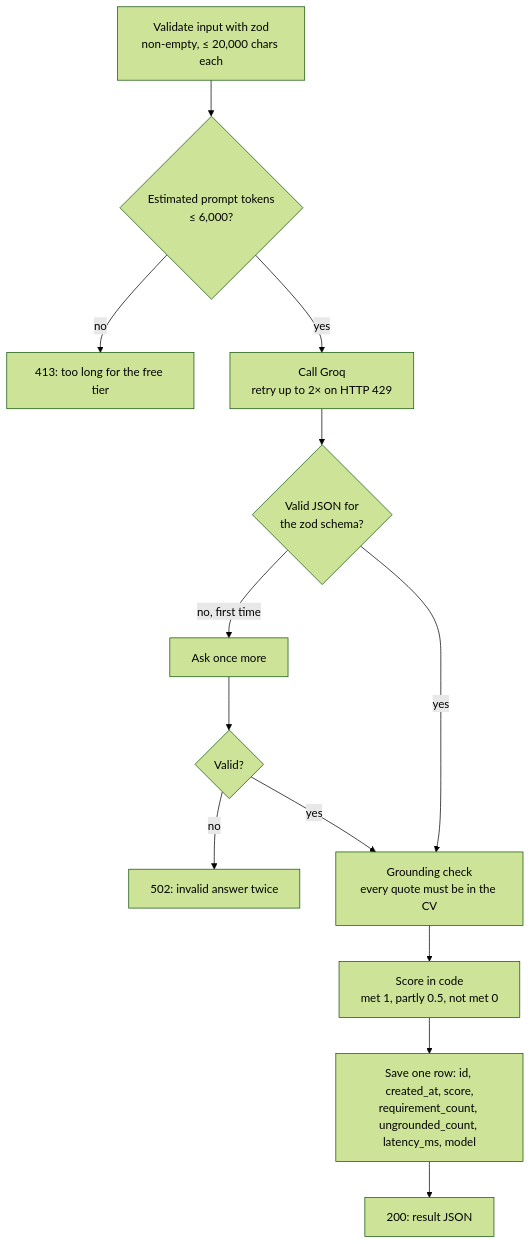
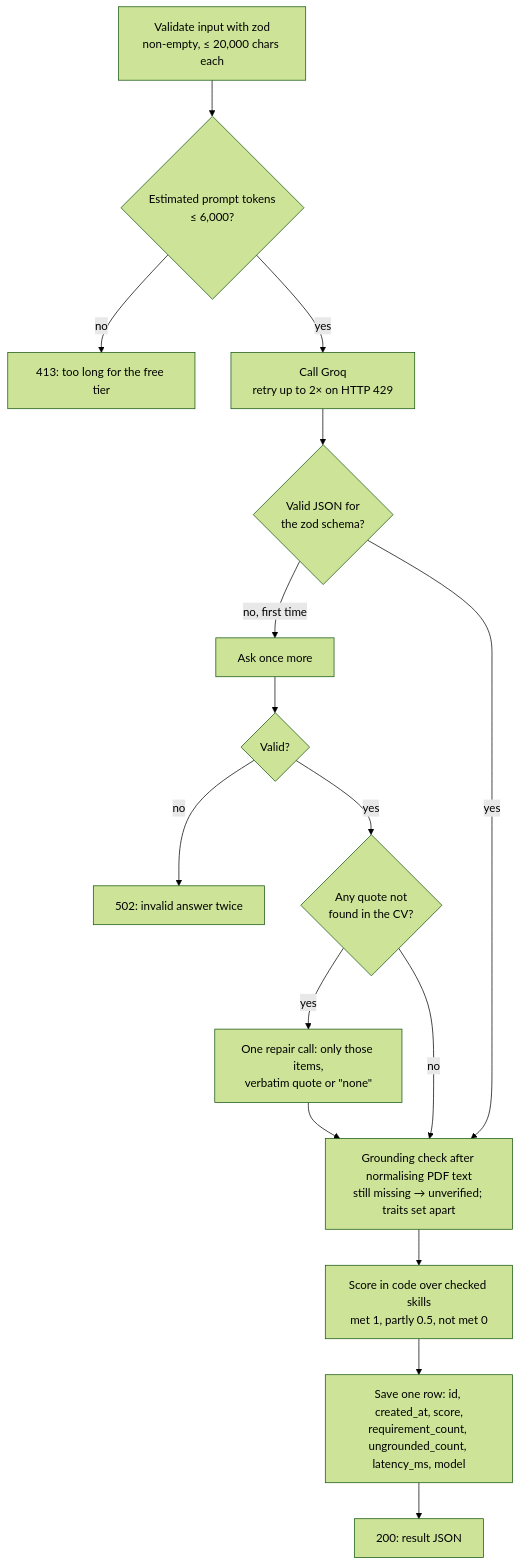
The second of 2 diagrams in README.md (nikchey29/cv-jd-match), drawn with Mermaid (forest theme) before and after one commit. The commit also changed other lines of this file and 6 other files, not shown here.

First line of the commit message:
Add PDF-paste and trait eval cases; report repair in eval

````diff
--- a/README.md
+++ b/README.md
@@ -42,14 +42,17 @@
 ```mermaid
 flowchart TD
     A[Validate input with zod<br/>non-empty, ≤ 20,000 chars each] --> T{Estimated prompt tokens<br/>≤ 6,000?}
     T -- no --> E413[413: too long for the free tier]
     T -- yes --> L[Call Groq<br/>retry up to 2× on HTTP 429]
     L --> P{Valid JSON for<br/>the zod schema?}
     P -- no, first time --> L2[Ask once more] --> P2{Valid?}
     P2 -- no --> E502[502: invalid answer twice]
     P -- yes --> GC
-    P2 -- yes --> GC[Grounding check<br/>every quote must be in the CV]
-    GC --> SC[Score in code<br/>met 1, partly 0.5, not met 0]
+    P2 -- yes --> U{Any quote not<br/>found in the CV?}
+    U -- yes --> RP[One repair call: only those items,<br/>verbatim quote or &quot;none&quot;]
+    RP --> GC
+    U -- no --> GC[Grounding check after normalising PDF text<br/>still missing → unverified; traits set apart]
+    GC --> SC[Score in code over checked skills<br/>met 1, partly 0.5, not met 0]
     SC --> DB[Save one row: id, created_at, score,<br/>requirement_count, ungrounded_count, latency_ms, model]
     DB --> R[200: result JSON]
 ```
````
